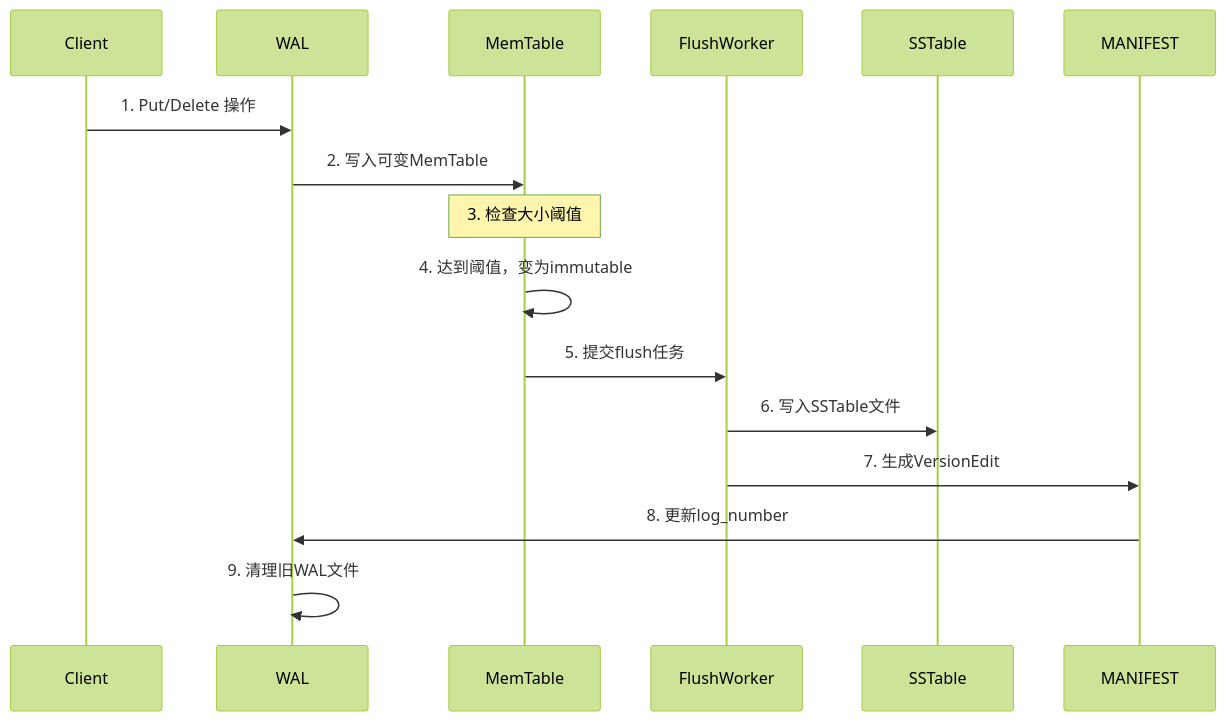
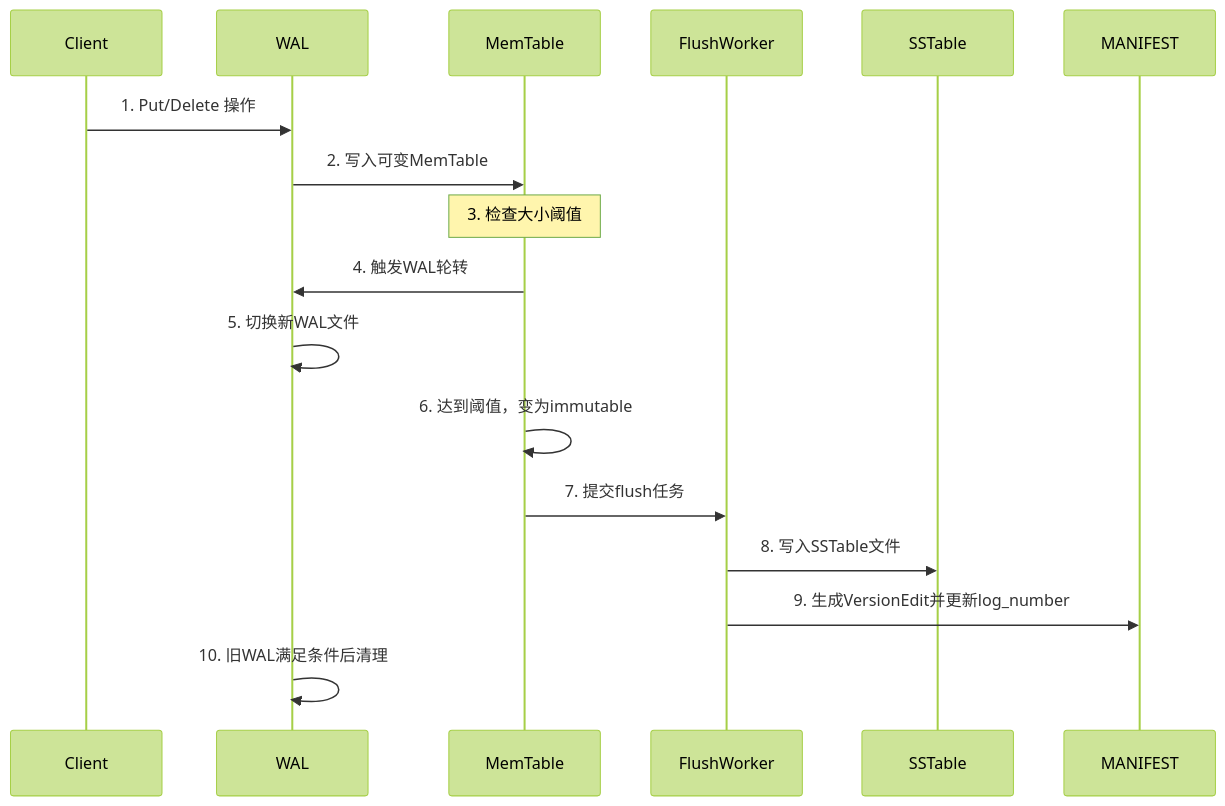
One commit to NewLewis/GoatDB changed the third of 8 diagrams in docs/goatkv/crash_recovery_detailed.md. Above: the diagram before and after it, drawn with Mermaid (forest theme). The commit also changed other lines of this file and 33 other files, not shown here.

````diff
--- a/docs/goatkv/crash_recovery_detailed.md
+++ b/docs/goatkv/crash_recovery_detailed.md
@@ -75,19 +75,20 @@
 ```mermaid
 sequenceDiagram
     participant Client
     participant WAL
     participant MemTable
     participant FlushWorker
     participant SSTable
     participant MANIFEST
 
     Client->>WAL: 1. Put/Delete 操作
     WAL->>MemTable: 2. 写入可变MemTable
     Note over MemTable: 3. 检查大小阈值
-    MemTable->>MemTable: 4. 达到阈值，变为immutable
-    MemTable->>FlushWorker: 5. 提交flush任务
-    FlushWorker->>SSTable: 6. 写入SSTable文件
-    FlushWorker->>MANIFEST: 7. 生成VersionEdit
-    MANIFEST->>WAL: 8. 更新log_number
-    WAL->>WAL: 9. 清理旧WAL文件
+    MemTable->>WAL: 4. 触发WAL轮转
+    WAL->>WAL: 5. 切换新WAL文件
+    MemTable->>MemTable: 6. 达到阈值，变为immutable
+    MemTable->>FlushWorker: 7. 提交flush任务
+    FlushWorker->>SSTable: 8. 写入SSTable文件
+    FlushWorker->>MANIFEST: 9. 生成VersionEdit并更新log_number
+    WAL->>WAL: 10. 旧WAL满足条件后清理
 ```
````
